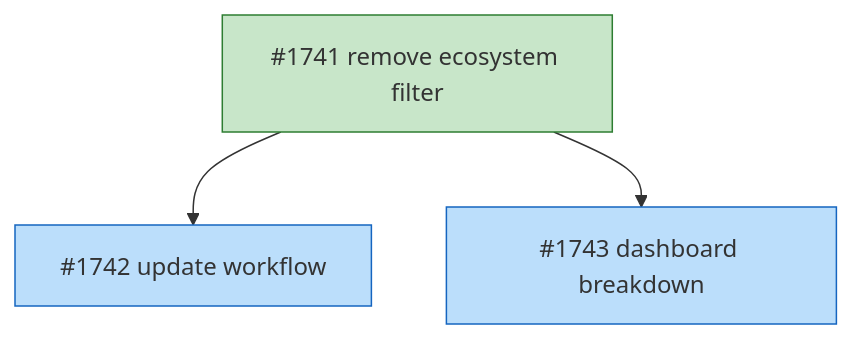
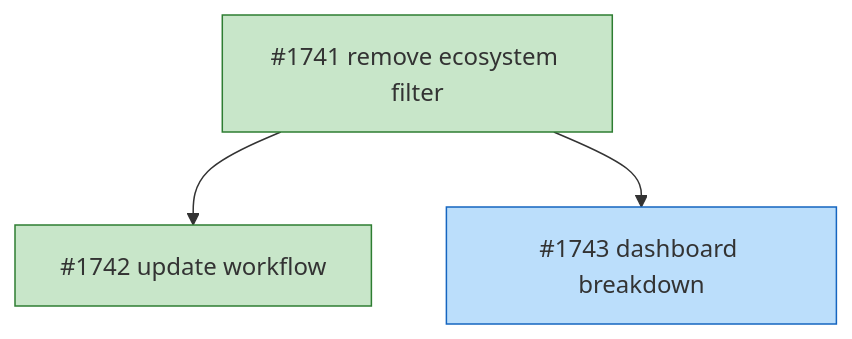
Before and after one commit to tsukumogami/tsuku: the diagram in docs/designs/DESIGN-unified-batch-pipeline.md, drawn with Mermaid. The commit also changed other lines of this file and 1 other file, not shown here.

Commit message:
chore(batch): update state for workflow implementation

````diff
--- a/docs/designs/DESIGN-unified-batch-pipeline.md
+++ b/docs/designs/DESIGN-unified-batch-pipeline.md
@@ -46,18 +46,18 @@
 ```mermaid
 graph TD
     I1741["#1741 remove ecosystem filter"]
     I1742["#1742 update workflow"]
     I1743["#1743 dashboard breakdown"]
 
     I1741 --> I1742
     I1741 --> I1743
 
     classDef done fill:#c8e6c9,stroke:#2e7d32
     classDef ready fill:#bbdefb,stroke:#1565c0
     classDef blocked fill:#fff9c4,stroke:#f9a825
     classDef needsDesign fill:#e1bee7,stroke:#7b1fa2
 
     class I1741 done
-    class I1742 ready
+    class I1742 done
     class I1743 ready
 ```
````
